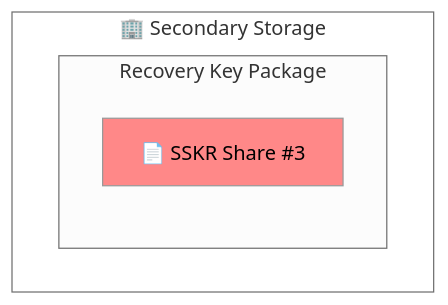
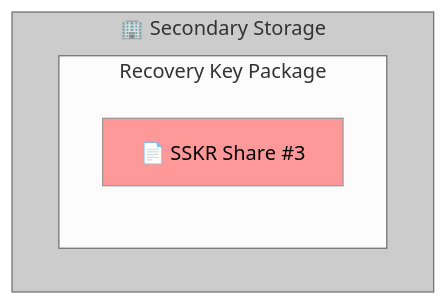
Diagram 17 of 26 in Docs/Scenario-Multisig.md (BlockchainCommons/SmartCustody), drawn with Mermaid (neutral theme) before and after one commit. The commit also changed other lines of this file, not shown here.

````diff
--- a/Docs/Scenario-Multisig.md
+++ b/Docs/Scenario-Multisig.md
@@ -580,10 +580,10 @@
     ```mermaid
     graph TD;
     subgraph secondary ["🏢 Secondary Storage"]
       subgraph "Recovery Key Package"
       D["📄 SSKR Share #3"]
       end
     end        
-    style secondary fill:#ffffff;
-    style D fill:#ff8888;
+    style secondary fill:#cccccc;
+    style D color:#000,fill:#ff9999;
     ```
````
